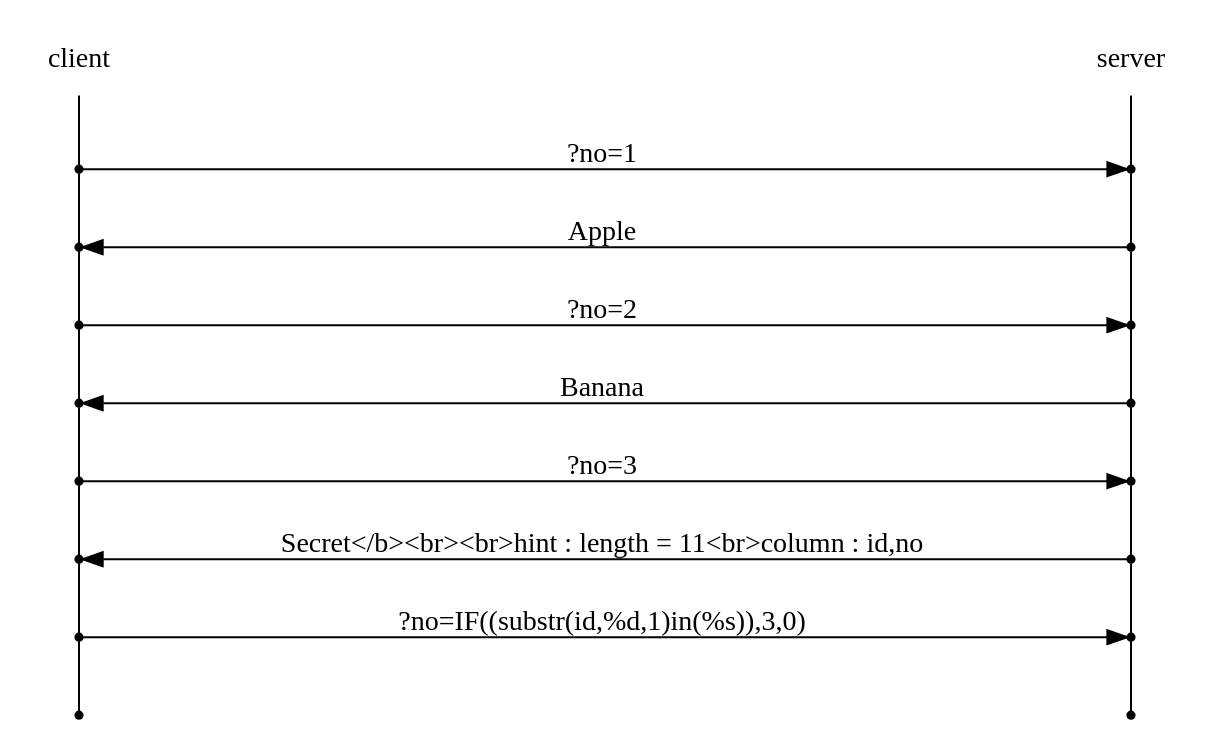
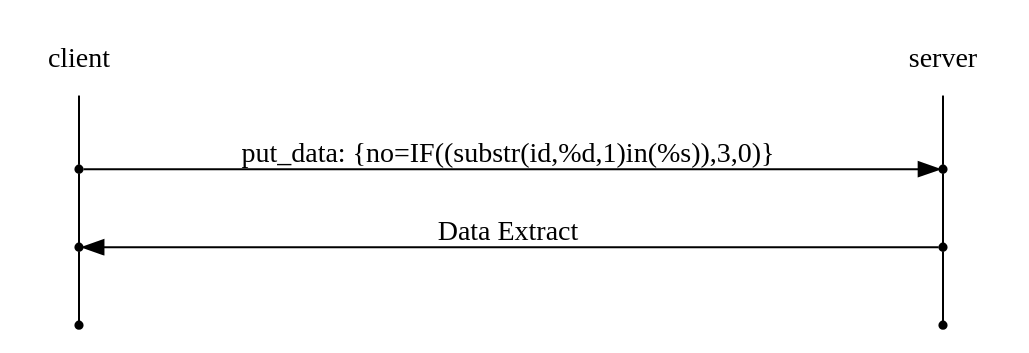
The diagram in docs/web/Blind SQL Injection/[webhacking] 09.rst (joizel/ctf_writeup), drawn with Graphviz before and after one commit. The commit also changed other lines of this file and 13 other files, not shown here.

```diff
--- a/docs/web/Blind SQL Injection/[webhacking] 09.rst
+++ b/docs/web/Blind SQL Injection/[webhacking] 09.rst
@@ -5,26 +7,21 @@
 .. graphviz::
 
     digraph G {
         rankdir="LR";
         node[shape="point"];
         edge[arrowhead="none"]
 
         {
             rank="same";
             "client"[shape="plaintext"];
-            "client" -> step0 -> step2 -> step4 -> step6 -> step8 -> step10 -> step12 -> step14;
+            "client" -> step0 -> step2 -> step4;
         }
 
         {
             rank="same";
             "server"[shape="plaintext"];
-            "server" -> step1 -> step3 -> step5 -> step7 -> step9 -> step11 -> step13 -> step15;
+            "server" -> step1 -> step3 -> step5;
         }
-        step0 -> step1[label="?no=1",arrowhead="normal"];
-        step3 -> step2[label="Apple",arrowhead="normal"];
-        step4 -> step5[label="?no=2",arrowhead="normal"];
-        step7 -> step6[label="Banana",arrowhead="normal"];
-        step8 -> step9[label="?no=3",arrowhead="normal"];
-        step11 -> step10[label="Secret</b><br><br>hint : length = 11<br>column : id,no",arrowhead="normal"];
-        step12 -> step13[label="?no=IF((substr(id,%d,1)in(%s)),3,0)",arrowhead="normal"];
+        step0 -> step1[label="put_data: {no=IF((substr(id,%d,1)in(%s)),3,0)}",arrowhead="normal"];
+        step3 -> step2[label="Data Extract",arrowhead="normal"];
     }
```
